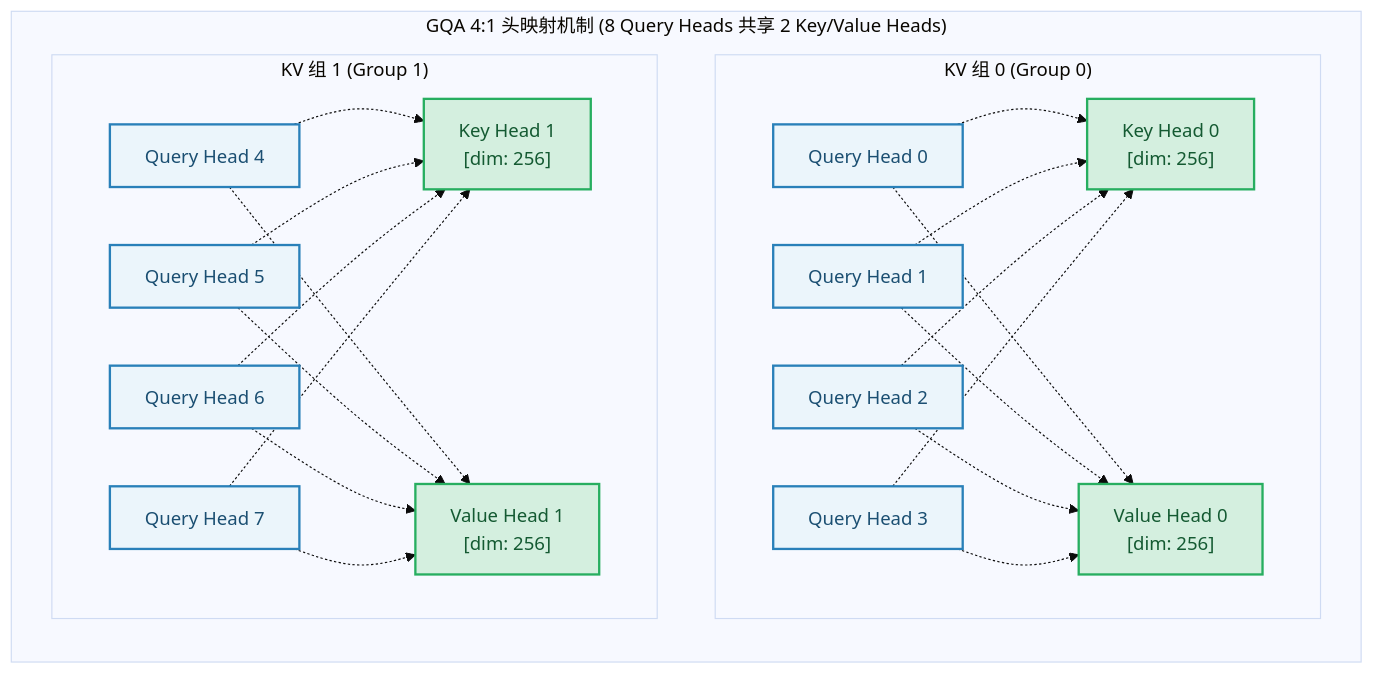
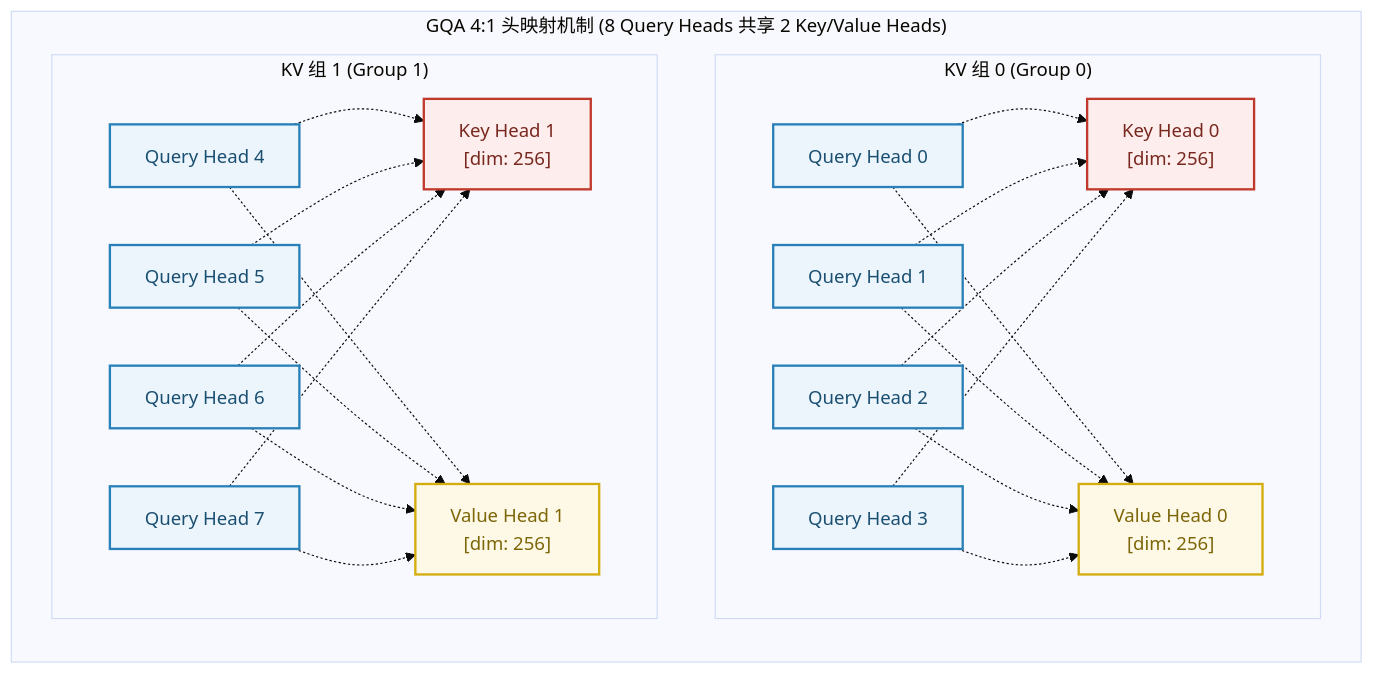
Before and after one commit to fengzhizi319/PrivShield: the third of 12 diagrams in docs/llmlora/qwen3_5_0_8b_architecture.md, drawn with Mermaid (base theme). The commit also changed other lines of this file, not shown here.

````diff
--- a/docs/llmlora/qwen3_5_0_8b_architecture.md
+++ b/docs/llmlora/qwen3_5_0_8b_architecture.md
@@ -132,36 +235,38 @@
 ```mermaid
 flowchart TD
     subgraph GQA_MAPPING["GQA 4:1 头映射机制 (8 Query Heads 共享 2 Key/Value Heads)"]
         direction TB
         subgraph GROUP_0["KV 组 0 (Group 0)"]
             K0["Key Head 0\n[dim: 256]"]
             V0["Value Head 0\n[dim: 256]"]
             Q0["Query Head 0"]
             Q1["Query Head 1"]
             Q2["Query Head 2"]
             Q3["Query Head 3"]
             Q0 -.-> K0 & V0
             Q1 -.-> K0 & V0
             Q2 -.-> K0 & V0
             Q3 -.-> K0 & V0
         end
 
         subgraph GROUP_1["KV 组 1 (Group 1)"]
             K1["Key Head 1\n[dim: 256]"]
             V1["Value Head 1\n[dim: 256]"]
             Q4["Query Head 4"]
             Q5["Query Head 5"]
             Q6["Query Head 6"]
             Q7["Query Head 7"]
             Q4 -.-> K1 & V1
             Q5 -.-> K1 & V1
             Q6 -.-> K1 & V1
             Q7 -.-> K1 & V1
         end
     end
 
-    classDef kvStyle fill:#D4EFDF,stroke:#27AE60,stroke-width:2px,color:#145A32;
+    classDef kStyle fill:#FDEDEC,stroke:#C0392B,stroke-width:2px,color:#78281F;
+    classDef vStyle fill:#FEF9E7,stroke:#D4AC0D,stroke-width:2px,color:#7D6608;
     classDef qStyle fill:#EBF5FB,stroke:#2980B9,stroke-width:2px,color:#1B4F72;
-    class K0,V0,K1,V1 kvStyle;
+    class K0,K1 kStyle;
+    class V0,V1 vStyle;
     class Q0,Q1,Q2,Q3,Q4,Q5,Q6,Q7 qStyle;
 ```
````
